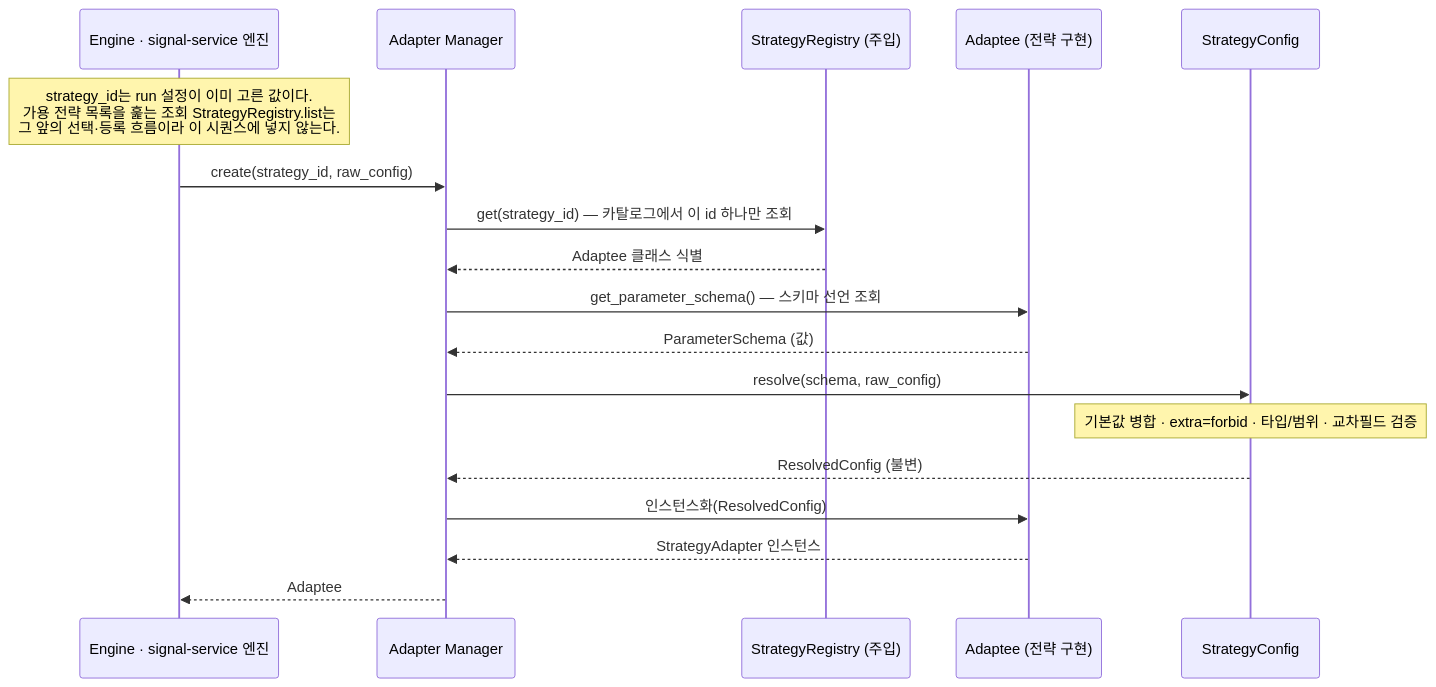
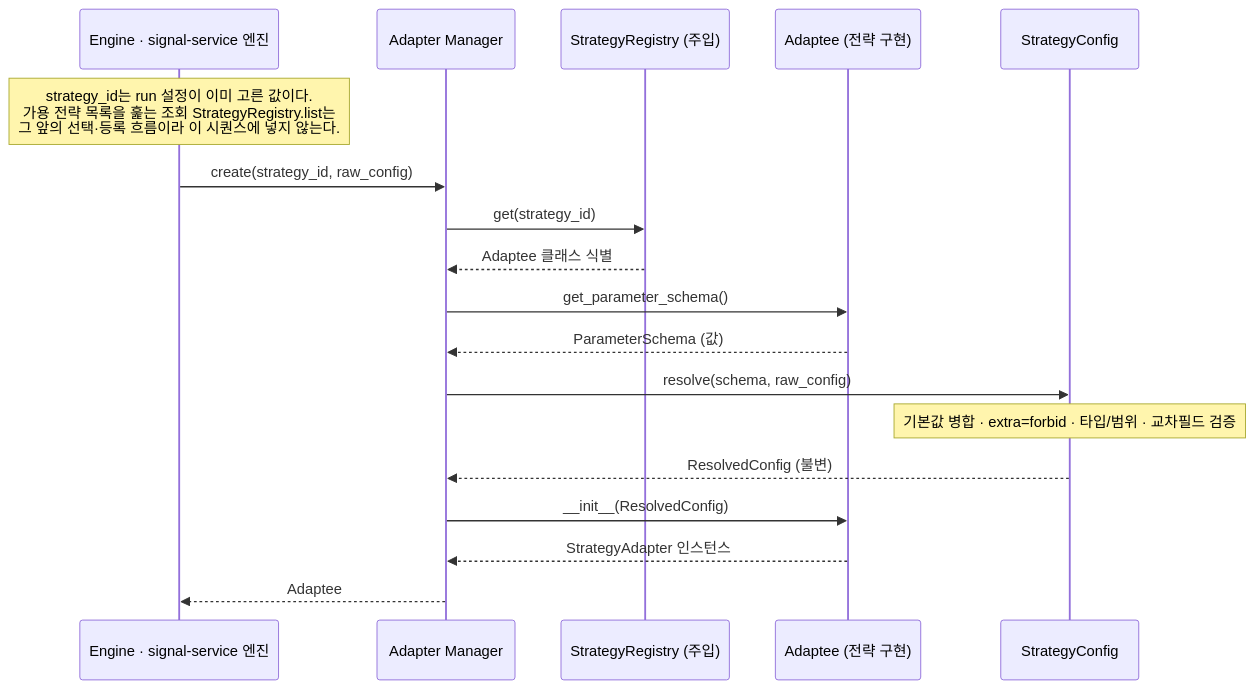
One commit to vessel35/trading-system-v2 changed diagram 11 of 25 in docs/fullspec/backtest_v2_detailed_design.md. Above: the diagram before and after it, drawn with Mermaid. The commit also changed other lines of this file, not shown here.

````diff
--- a/docs/fullspec/backtest_v2_detailed_design.md
+++ b/docs/fullspec/backtest_v2_detailed_design.md
@@ -1796,20 +1800,20 @@
 ```mermaid
 sequenceDiagram
     participant E as Engine · signal-service 엔진
     participant AM as Adapter Manager
     participant REG as StrategyRegistry (주입)
     participant AD as Adaptee (전략 구현)
     participant SC as StrategyConfig
     Note over E: strategy_id는 run 설정이 이미 고른 값이다.<br/>가용 전략 목록을 훑는 조회 StrategyRegistry.list는<br/>그 앞의 선택·등록 흐름이라 이 시퀀스에 넣지 않는다.
     E->>AM: create(strategy_id, raw_config)
-    AM->>REG: get(strategy_id) — 카탈로그에서 이 id 하나만 조회
+    AM->>REG: get(strategy_id)
     REG-->>AM: Adaptee 클래스 식별
-    AM->>AD: get_parameter_schema() — 스키마 선언 조회
+    AM->>AD: get_parameter_schema()
     AD-->>AM: ParameterSchema (값)
     AM->>SC: resolve(schema, raw_config)
     Note over SC: 기본값 병합 · extra=forbid · 타입/범위 · 교차필드 검증
     SC-->>AM: ResolvedConfig (불변)
-    AM->>AD: 인스턴스화(ResolvedConfig)
+    AM->>AD: __init__(ResolvedConfig)
     AD-->>AM: StrategyAdapter 인스턴스
     AM-->>E: Adaptee
 ```
````
